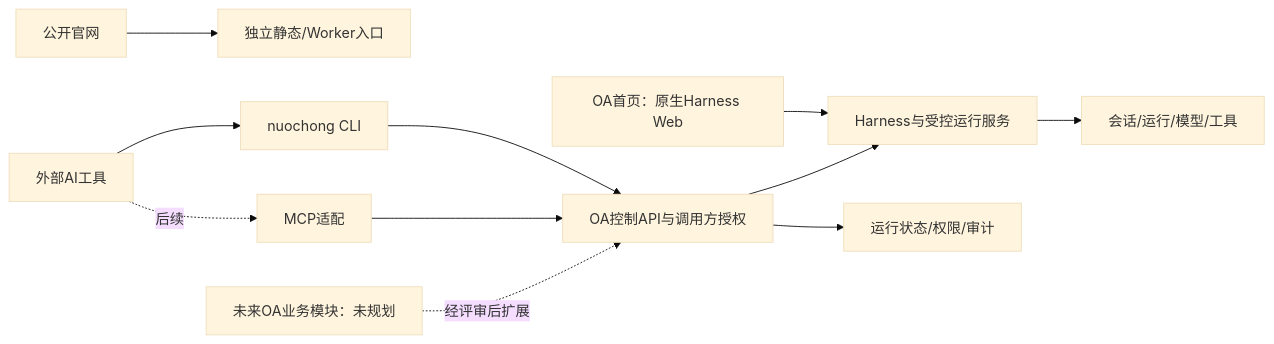
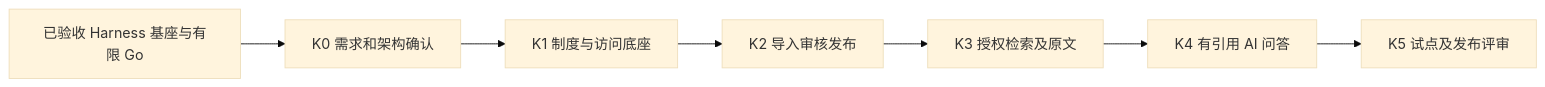
The diagram in docs/refactor/roadmap.md (insanetoto/nuochong-page), drawn with Mermaid (base theme) before and after one commit. The commit also changed other lines of this file, not shown here.

Commit message:
docs: update roadmap for policy knowledge base

````diff
--- a/docs/refactor/roadmap.md
+++ b/docs/refactor/roadmap.md
@@ -21,13 +35,9 @@
 ```mermaid
 flowchart LR
- Public[公开官网] --> Static[独立静态/Worker入口]
- OA[OA首页：原生Harness Web] --> Core[Harness与受控运行服务]
- CLI[nuochong CLI] --> API[OA控制API与调用方授权]
- AI[外部AI工具] --> CLI
- AI -. 后续 .-> MCP[MCP适配]
- MCP --> API
- API --> Core
- Core --> Sessions[会话/运行/模型/工具]
- API --> State[运行状态/权限/审计]
- Future[未来OA业务模块：未规划] -. 经评审后扩展 .-> API
+ B[已验收 Harness 基座与有限 Go] --> K0[K0 需求和架构确认]
+ K0 --> K1[K1 制度与访问底座]
+ K1 --> K2[K2 导入审核发布]
+ K2 --> K3[K3 授权检索及原文]
+ K3 --> K4[K4 有引用 AI 问答]
+ K4 --> K5[K5 试点及发布评审]
 ```
````
